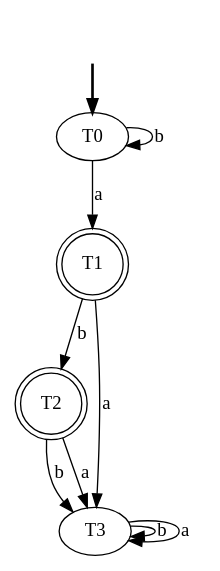
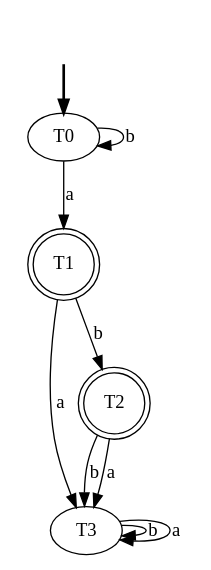
Before and after one commit to LuisDiego19FV/Proyecto_Compiladores: the diagram in Lexer/output/b^ab!/b^ab!_dfa_2.dot, drawn with Graphviz. The commit also changed other lines of this file and 113 other files, not shown here.

```diff
--- a/Lexer/output/b^ab!/b^ab!_dfa_2.dot
+++ b/Lexer/output/b^ab!/b^ab!_dfa_2.dot
@@ -1,16 +1,16 @@
 digraph {
 	fake0 [style=invisible]
+	T3
 	T2 [shape=doublecircle]
 	T1 [shape=doublecircle]
 	T0 [root=true]
-	T3
 	fake0 -> T0 [style=bold]
 	T0 -> T0 [label=b]
 	T0 -> T1 [label=a]
 	T1 -> T2 [label=b]
 	T1 -> T3 [label=a]
 	T2 -> T3 [label=b]
 	T2 -> T3 [label=a]
 	T3 -> T3 [label=b]
 	T3 -> T3 [label=a]
 }
```
